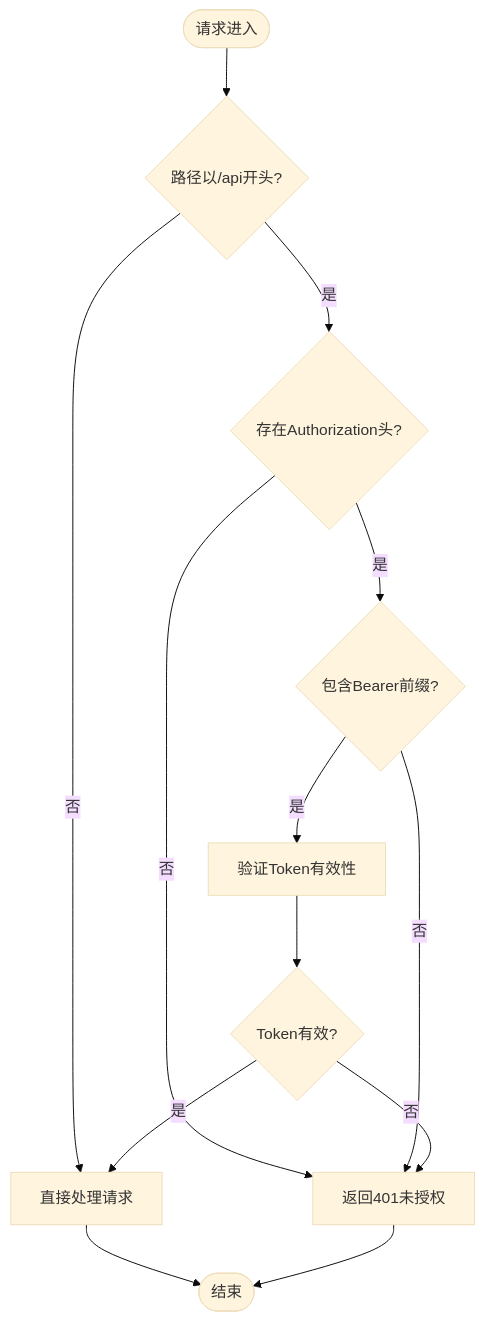
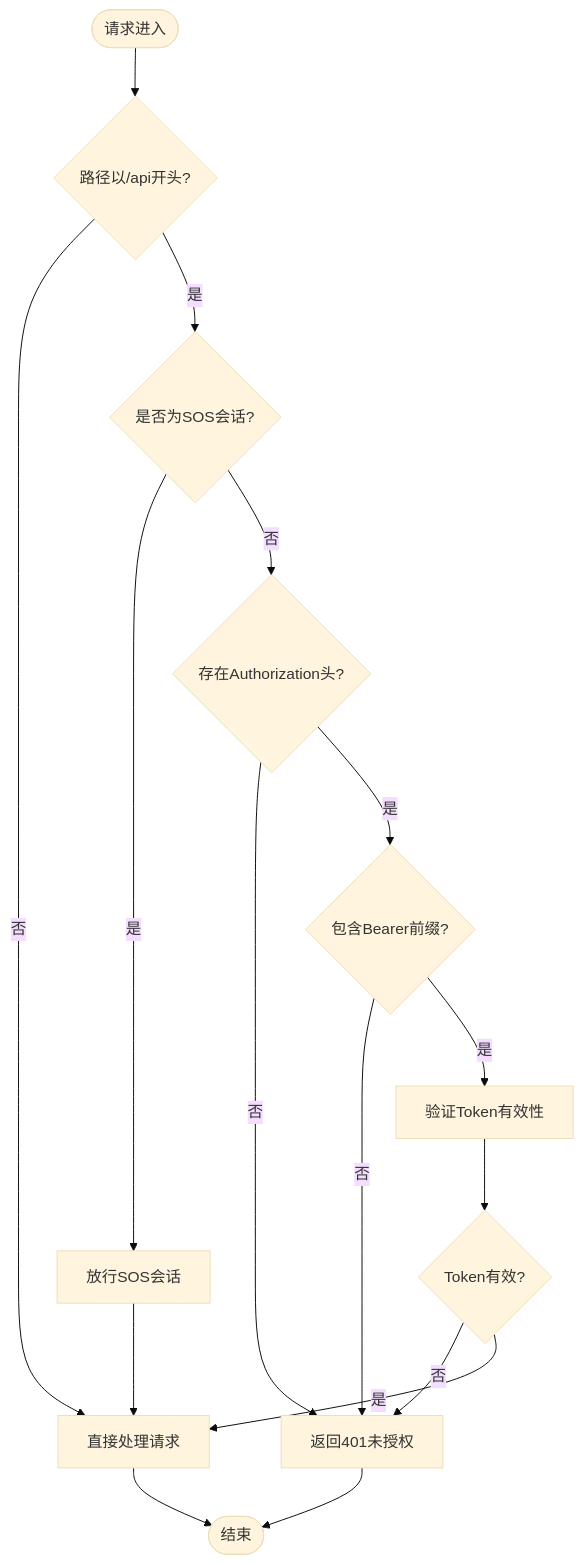
The third of 9 diagrams in .qoder/repowiki/zh/content/系统架构/安全架构.md (kudig-io/klaw), drawn with Mermaid (base theme) before and after one commit. The commit also changed other lines of this file and 257 other files, not shown here.

````diff
--- a/.qoder/repowiki/zh/content/系统架构/安全架构.md
+++ b/.qoder/repowiki/zh/content/系统架构/安全架构.md
@@ -214,15 +226,18 @@
 ```mermaid
 flowchart TD
 Start(["请求进入"]) --> CheckPath{"路径以/api开头?"}
 CheckPath --> |否| Next["直接处理请求"]
-CheckPath --> |是| CheckAuth{"存在Authorization头?"}
+CheckPath --> |是| CheckSOS{"是否为SOS会话?"}
+CheckSOS --> |是| AllowSOS["放行SOS会话"]
+CheckSOS --> |否| CheckAuth{"存在Authorization头?"}
 CheckAuth --> |否| Unauthorized["返回401未授权"]
 CheckAuth --> |是| CheckPrefix{"包含Bearer前缀?"}
 CheckPrefix --> |否| Unauthorized
 CheckPrefix --> |是| ValidateToken["验证Token有效性"]
 ValidateToken --> Valid{"Token有效?"}
 Valid --> |否| Unauthorized
 Valid --> |是| Next
+AllowSOS --> Next
 Next --> End(["结束"])
 Unauthorized --> End
 ```
````
